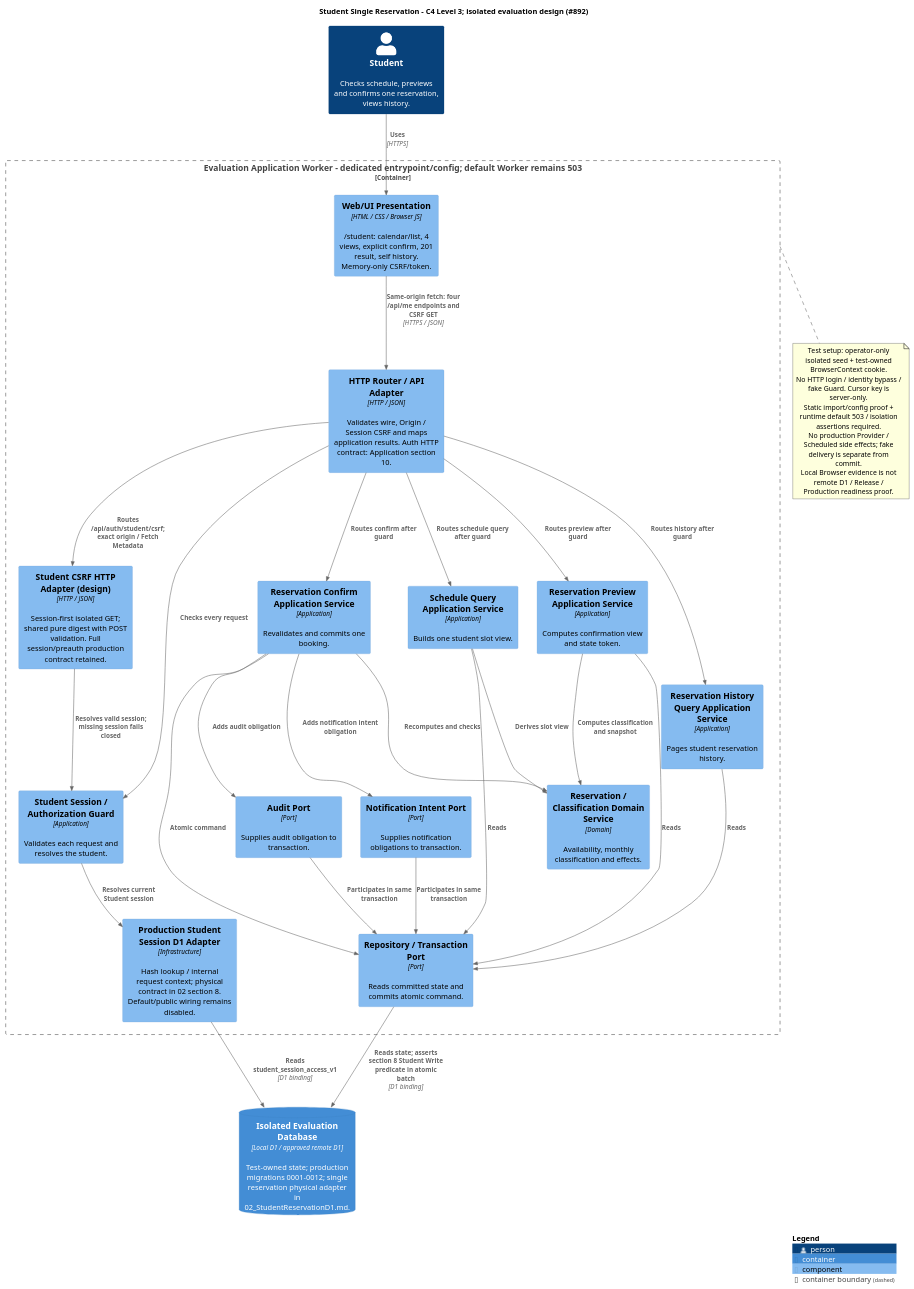
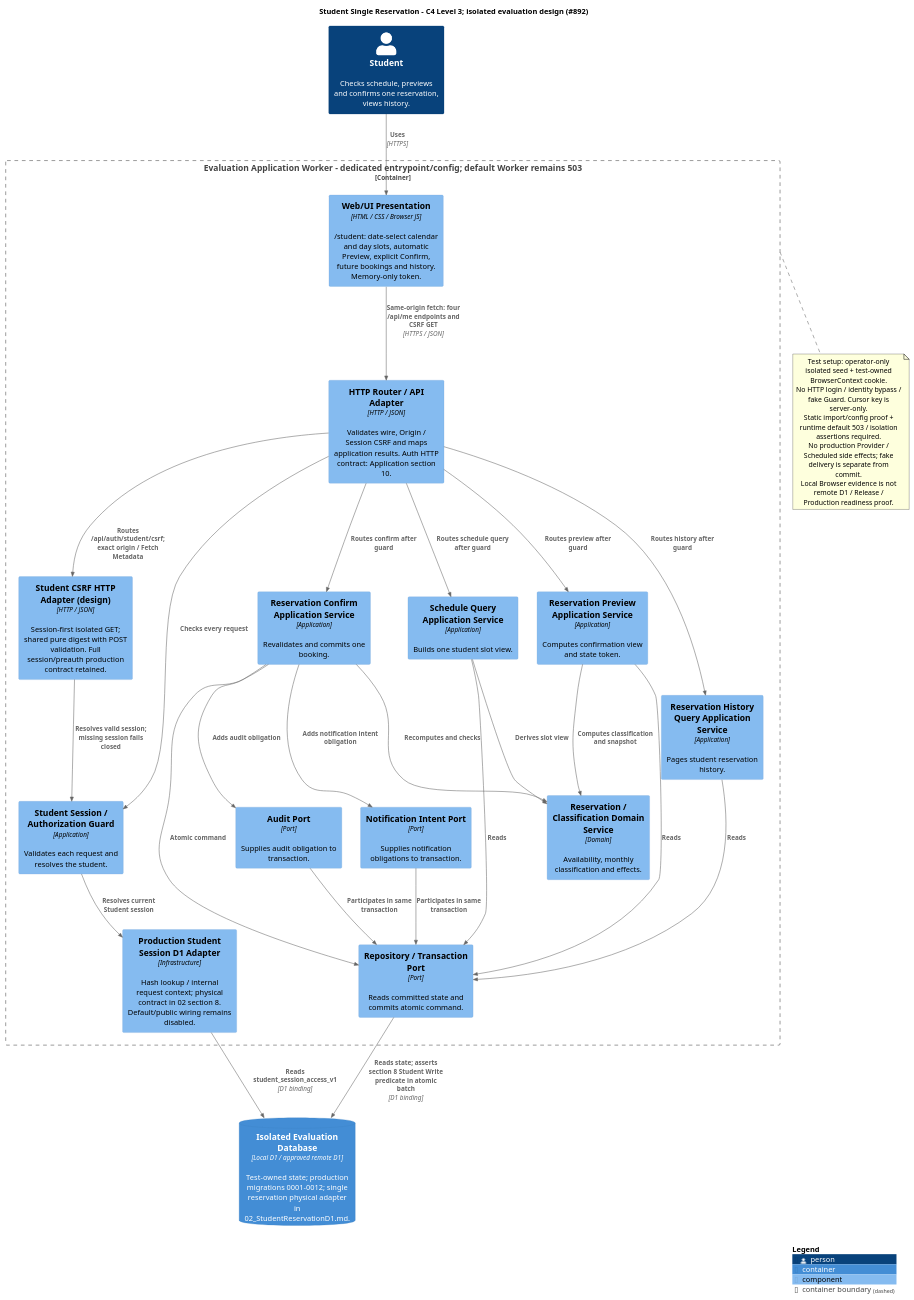
The diagram in docs/diagrams/plantuml/c4-student-reservation-components.puml (suzukure/nssscdl), drawn with PlantUML before and after one commit. The commit also changed 11 other files, not shown here.

```diff
--- a/docs/diagrams/plantuml/c4-student-reservation-components.puml
+++ b/docs/diagrams/plantuml/c4-student-reservation-components.puml
@@ -1,59 +1,59 @@
 @startuml
 !include <C4/C4_Component>
 
 LAYOUT_WITH_LEGEND()
 title Student Single Reservation - C4 Level 3; isolated evaluation design (#892)
 
 Person(student, "Student", "Checks schedule, previews and confirms one reservation, views history.")
 ContainerDb(db, "Isolated Evaluation Database", "Local D1 / approved remote D1", "Test-owned state; production migrations 0001-0012; single reservation physical adapter in 02_StudentReservationD1.md.")
 
 Container_Boundary(worker, "Evaluation Application Worker - dedicated entrypoint/config; default Worker remains 503") {
-  Component(ui, "Web/UI Presentation", "HTML / CSS / Browser JS", "/student: calendar/list, 4 views, explicit confirm, 201 result, self history. Memory-only CSRF/token.")
+  Component(ui, "Web/UI Presentation", "HTML / CSS / Browser JS", "/student: date-select calendar and day slots, automatic Preview, explicit Confirm, future bookings and history. Memory-only token.")
   Component(router, "HTTP Router / API Adapter", "HTTP / JSON", "Validates wire, Origin / Session CSRF and maps application results. Auth HTTP contract: Application section 10.")
   Component(csrf, "Student CSRF HTTP Adapter (design)", "HTTP / JSON", "Session-first isolated GET; shared pure digest with POST validation. Full session/preauth production contract retained.")
   Component(guard, "Student Session / Authorization Guard", "Application", "Validates each request and resolves the student.")
   Component(authrepo, "Production Student Session D1 Adapter", "Infrastructure", "Hash lookup / internal request context; physical contract in 02 section 8. Default/public wiring remains disabled.")
   Component(schedule, "Schedule Query Application Service", "Application", "Builds one student slot view.")
   Component(preview, "Reservation Preview Application Service", "Application", "Computes confirmation view and state token.")
   Component(confirm, "Reservation Confirm Application Service", "Application", "Revalidates and commits one booking.")
   Component(history, "Reservation History Query Application Service", "Application", "Pages student reservation history.")
   Component(domain, "Reservation / Classification Domain Service", "Domain", "Availability, monthly classification and effects.")
   Component(repo, "Repository / Transaction Port", "Port", "Reads committed state and commits atomic command.")
   Component(audit, "Audit Port", "Port", "Supplies audit obligation to transaction.")
   Component(intent, "Notification Intent Port", "Port", "Supplies notification obligations to transaction.")
 }
 
 Rel(student, ui, "Uses", "HTTPS")
 Rel(ui, router, "Same-origin fetch: four /api/me endpoints and CSRF GET", "HTTPS / JSON")
 Rel(router, csrf, "Routes /api/auth/student/csrf; exact origin / Fetch Metadata")
 Rel(csrf, guard, "Resolves valid session; missing session fails closed")
 Rel(router, guard, "Checks every request")
 Rel(guard, authrepo, "Resolves current Student session")
 Rel(authrepo, db, "Reads student_session_access_v1", "D1 binding")
 Rel(router, schedule, "Routes schedule query after guard")
 Rel(router, preview, "Routes preview after guard")
 Rel(router, confirm, "Routes confirm after guard")
 Rel(router, history, "Routes history after guard")
 Rel(schedule, domain, "Derives slot view")
 Rel(preview, domain, "Computes classification and snapshot")
 Rel(confirm, domain, "Recomputes and checks")
 Rel(schedule, repo, "Reads")
 Rel(preview, repo, "Reads")
 Rel(confirm, repo, "Atomic command")
 Rel(history, repo, "Reads")
 Rel(confirm, audit, "Adds audit obligation")
 Rel(confirm, intent, "Adds notification intent obligation")
 Rel(repo, db, "Reads state; asserts section 8 Student Write predicate in atomic batch", "D1 binding")
 Rel(audit, repo, "Participates in same transaction")
 Rel(intent, repo, "Participates in same transaction")
 
 note bottom of worker
   Test setup: operator-only isolated seed + test-owned BrowserContext cookie.
   No HTTP login / identity bypass / fake Guard. Cursor key is server-only.
   Static import/config proof + runtime default 503 / isolation assertions required.
   No production Provider / Scheduled side effects; fake delivery is separate from commit.
   Local Browser evidence is not remote D1 / Release / Production readiness proof.
 end note
 
 SHOW_LEGEND()
 @enduml
```
